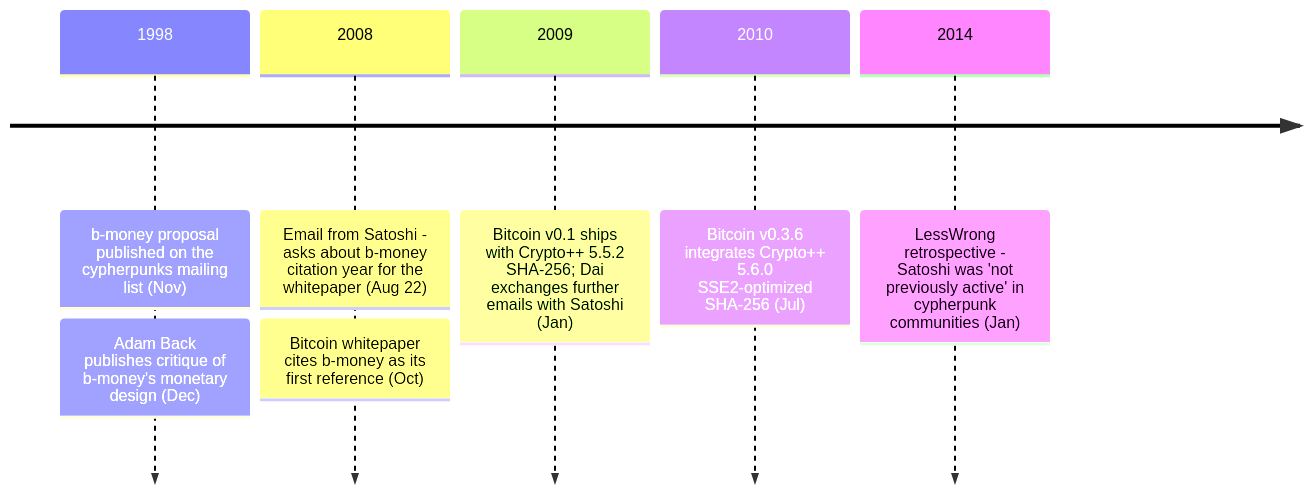
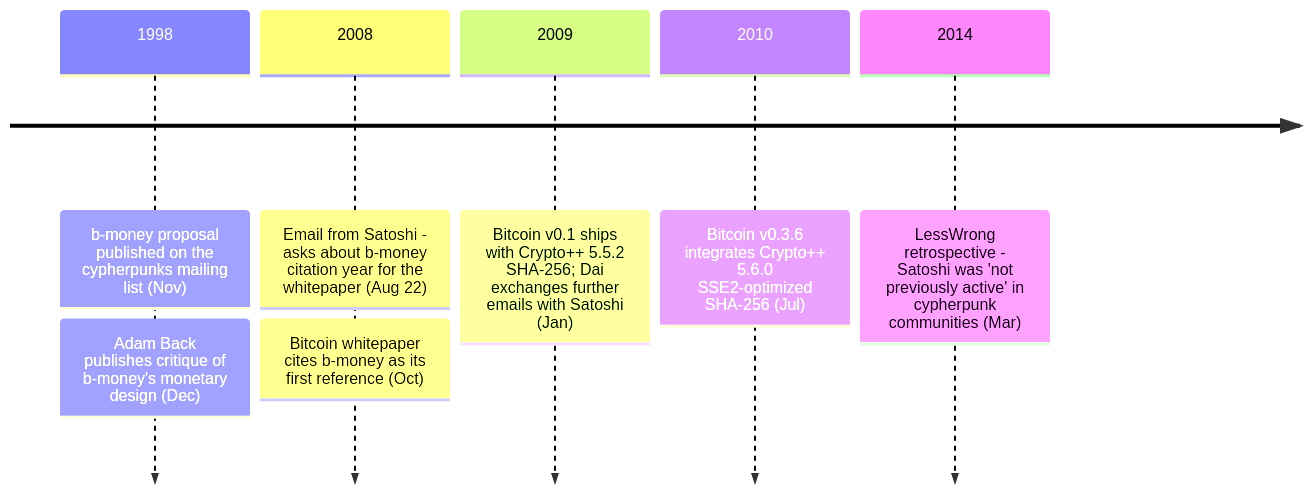
The diagram in src/data/entries/en/aftermath/2008-08-22-wei-dai-biography.md (cypher256/BitcoinArchive), drawn with Mermaid before and after one commit. The commit also changed 66 other files, not shown here.

````diff
--- a/src/data/entries/en/aftermath/2008-08-22-wei-dai-biography.md
+++ b/src/data/entries/en/aftermath/2008-08-22-wei-dai-biography.md
@@ -67,17 +67,17 @@
 ```mermaid
 timeline
     1998 : b-money proposal published on the cypherpunks mailing list (Nov)
     %% link: /BitcoinArchive/entries/aftermath/1998-11-26-wei-dai-pipenet-b-money-announcement/
          : Adam Back publishes critique of b-money's monetary design (Dec)
     %% link: /BitcoinArchive/entries/aftermath/1998-12-06-adam-back-b-money-monetary-critique/
     2008 : Email from Satoshi - asks about b-money citation year for the whitepaper (Aug 22)
     %% link: /BitcoinArchive/entries/correspondence/wei-dai/2008-08-22-satoshi-to-wei-dai/
          : Bitcoin whitepaper cites b-money as its first reference (Oct)
     %% link: /BitcoinArchive/entries/emails/cryptography/bitcoin-p2p-e-cash-paper/2008-10-31-bitcoin-p2p-e-cash-paper/
     2009 : Bitcoin v0.1 ships with Crypto++ 5.5.2 SHA-256; Dai exchanges further emails with Satoshi (Jan)
     %% link: /BitcoinArchive/entries/correspondence/wei-dai/2009-01-10-satoshi-to-wei-dai/
     2010 : Bitcoin v0.3.6 integrates Crypto++ 5.6.0 SSE2-optimized SHA-256 (Jul)
     %% link: /BitcoinArchive/entries/forum/bitcointalk/topic-626/2010-07-29-alert-upgrade-to-0-3-6/
-    2014 : LessWrong retrospective - Satoshi was 'not previously active' in cypherpunk communities (Jan)
+    2014 : LessWrong retrospective - Satoshi was 'not previously active' in cypherpunk communities (Mar)
     %% link: /BitcoinArchive/entries/aftermath/2014-01-12-wei-dai-retrospective-on-satoshi/
 ```
````
